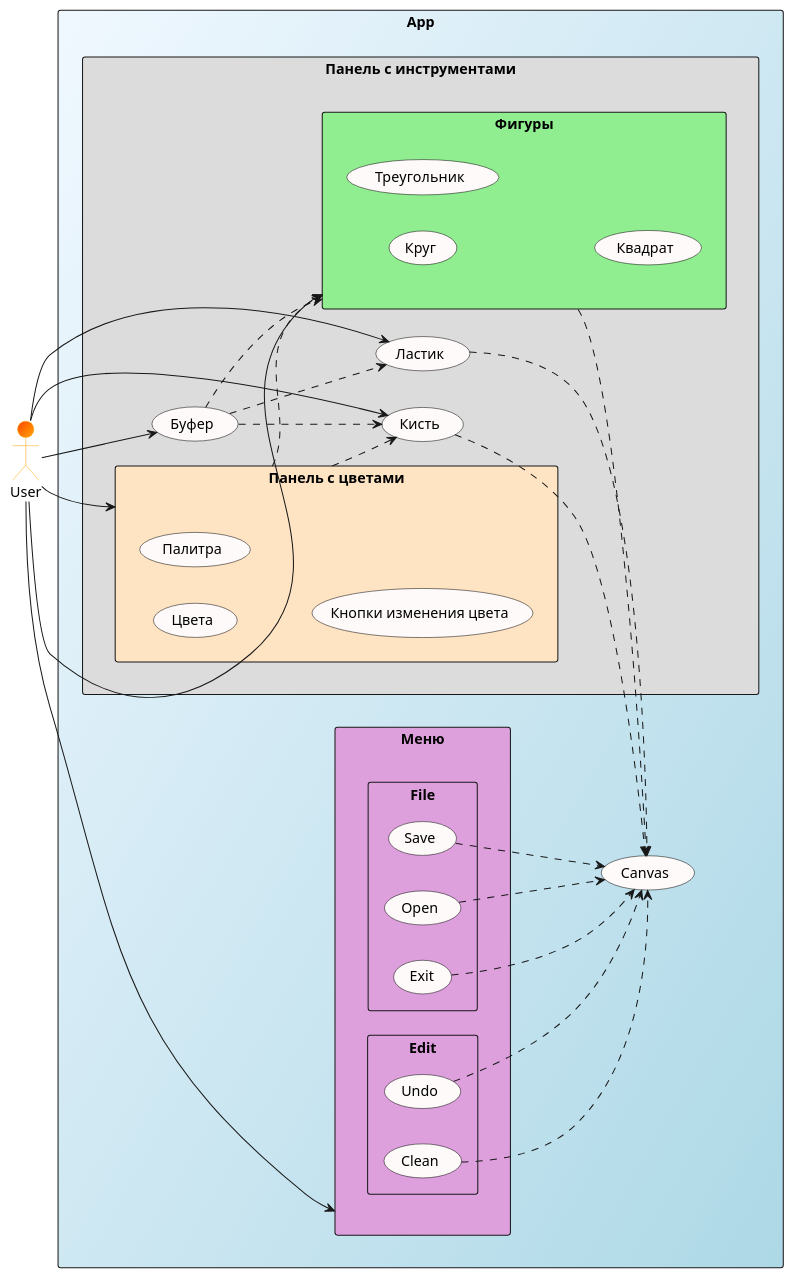
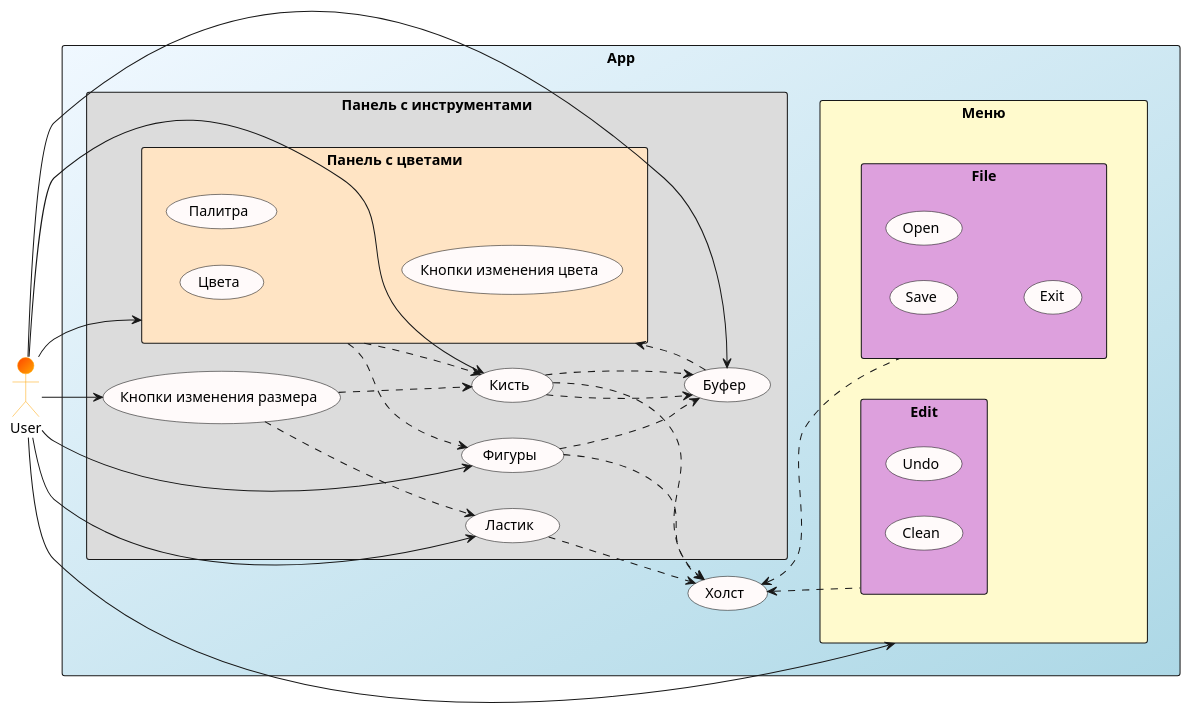
Before and after one commit to UnVeh/reposit: the diagram in diagrams/func.puml, drawn with PlantUML. The commit also changed other lines of this file and 1 other file, not shown here.

```diff
--- a/diagrams/func.puml
+++ b/diagrams/func.puml
@@ -1,80 +1,75 @@
 @startuml
 skinparam actor {
     BackgroundColor OrangeRed/Orange
     BorderColor Orange
 }
 
 
 skinparam usecase {
     BackgroundColor Snow
     BorderColor Black    
 }
 
 
 left to right direction
 
 actor User as User
 
 rectangle App #AliceBlue/LightBlue {
-    usecase Canvas
+    usecase "Холст" as Canvas
+rectangle "Меню" #LemonChiffon{
+rectangle File #Plum {
+    usecase Save
+    usecase Open
+    usecase Exit
+
+    Canvas <.. File
+    User --> "Меню"
+}
+
+rectangle Edit #Plum {
+    usecase Undo
+    usecase Clean
+
+    Canvas <.. Edit
+}
+
+}
 
 rectangle "Панель с инструментами" as ins #Gainsboro{
 rectangle "Панель с цветами" as col #Bisque {
     usecase "Цвета" 
     usecase "Палитра" as pal
     usecase "Кнопки изменения цвета" 
+    
+     
     User --> col
 }
-
+    usecase "Кнопки изменения размера" as ch
+    usecase "Фигуры" as f
     usecase "Ластик" as eraser
     usecase "Кисть" as brush
     usecase "Буфер" as bf
 
     User --> eraser
     User --> brush
     User --> bf
+    User --> f
+    User --> ch
+    col ..> f
+    ch ..> brush
+    ch ..> eraser
+    f ..> bf
     col ..> brush
-    col ..> "Фигуры"
+    f ..> Canvas
+
     eraser ..> Canvas
     brush ..> Canvas
-    bf ..> brush
-    bf ..> eraser
-    bf ..> "Фигуры"
-
-}
-
-rectangle "Фигуры" #LightGreen {
-    usecase "Круг" as el
-    usecase "Треугольник" as tr 
-    usecase "Квадрат" as sq
-    "Фигуры" ..> Canvas
-    User --> "Фигуры"
-    
-
-}
-
-rectangle "Меню" #Plum{
-rectangle File {
-    usecase Save
-    usecase Open
-    usecase Exit
-
-    Open ..> Canvas
-    Save ..> Canvas
-    Exit ..> Canvas
-    User --> "Меню"
-}
-
-rectangle Edit {
-    usecase Undo
-    usecase Clean
-
-    Undo ..> Canvas
-    Clean ..> Canvas
-}
-
+    brush ..> bf
+    brush ..> bf
+    bf ..> col
 }
 }
 
     
 @enduml
```
